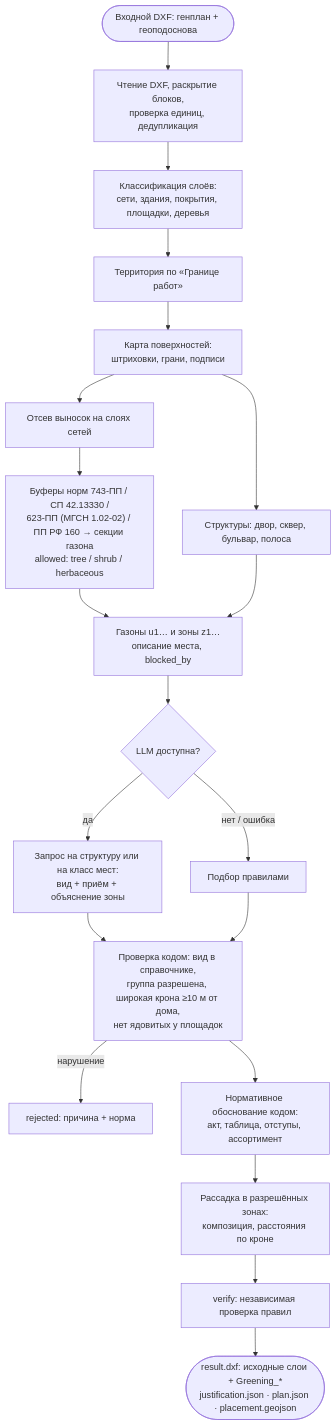
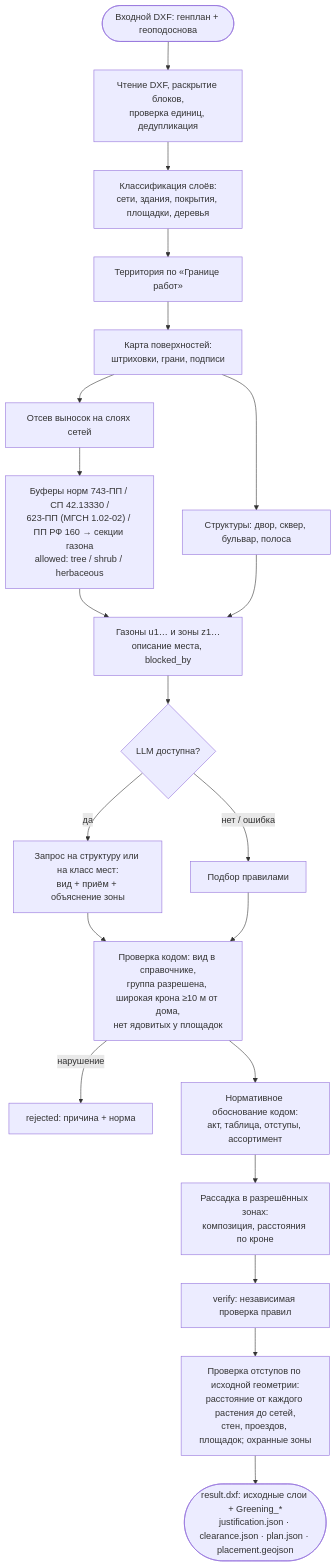
Before and after one commit to LPN1KoL/Hackaton: the third of 3 diagrams in DOCS.md, drawn with Mermaid. The commit also changed other lines of this file and 44 other files, not shown here.

````diff
--- a/DOCS.md
+++ b/DOCS.md
@@ -293,22 +299,23 @@
 ```mermaid
 flowchart TD
     S([Входной DXF: генплан + геоподоснова]) --> R[Чтение DXF, раскрытие блоков,<br/>проверка единиц, дедупликация]
     R --> CL[Классификация слоёв:<br/>сети, здания, покрытия, площадки, деревья]
     CL --> T[Территория по «Границе работ»]
     T --> SF[Карта поверхностей:<br/>штриховки, грани, подписи]
     SF --> LD[Отсев выносок на слоях сетей]
     LD --> SC["Буферы норм 743-ПП / СП 42.13330 /<br/>623-ПП (МГСН 1.02-02) / ПП РФ 160 → секции газона<br/>allowed: tree / shrub / herbaceous"]
     SF --> BL[Структуры: двор, сквер, бульвар, полоса]
     SC --> Z[Газоны u1… и зоны z1…<br/>описание места, blocked_by]
     BL --> Z
     Z --> Q{LLM доступна?}
     Q -- да --> LLM[Запрос на структуру или на класс мест:<br/>вид + приём + объяснение зоны]
     Q -- нет / ошибка --> RU[Подбор правилами]
     LLM --> CH[Проверка кодом: вид в справочнике,<br/>группа разрешена, широкая крона ≥10 м от дома,<br/>нет ядовитых у площадок]
     RU --> CH
     CH -- нарушение --> RJ[rejected: причина + норма]
     CH --> J[Нормативное обоснование кодом:<br/>акт, таблица, отступы, ассортимент]
     J --> P[Рассадка в разрешённых зонах:<br/>композиция, расстояния по кроне]
     P --> V[verify: независимая проверка правил]
-    V --> O([result.dxf: исходные слои + Greening_*<br/>justification.json · plan.json · placement.geojson])
+    V --> CC[Проверка отступов по исходной геометрии:<br/>расстояние от каждого растения до сетей,<br/>стен, проездов, площадок; охранные зоны]
+    CC --> O([result.dxf: исходные слои + Greening_*<br/>justification.json · clearance.json · plan.json · placement.geojson])
 ```
````
